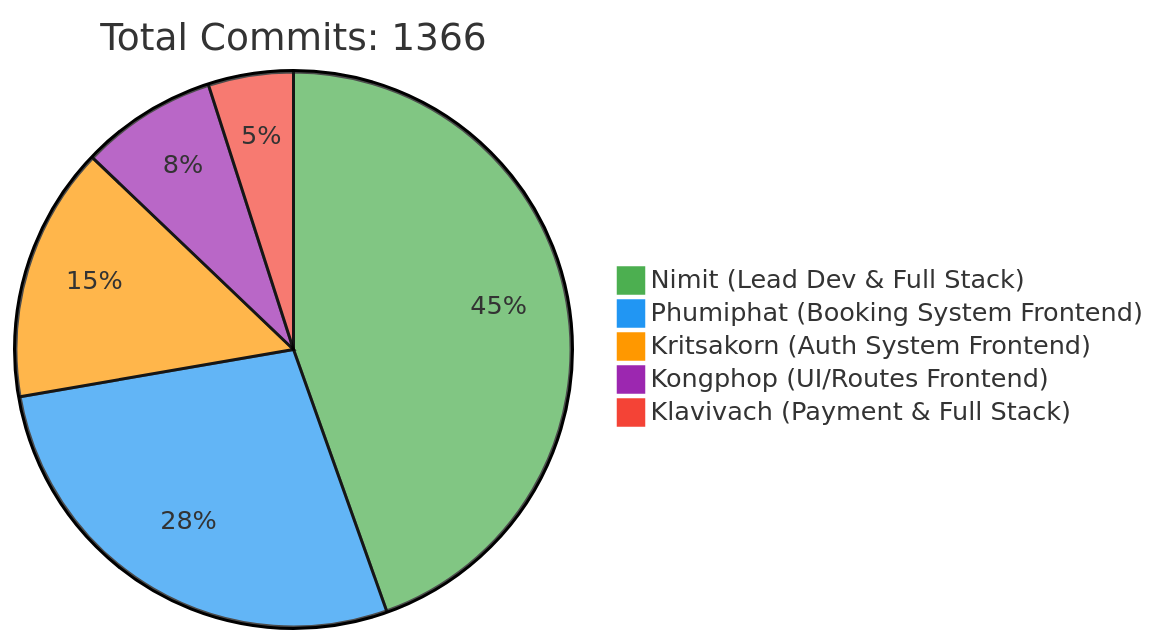
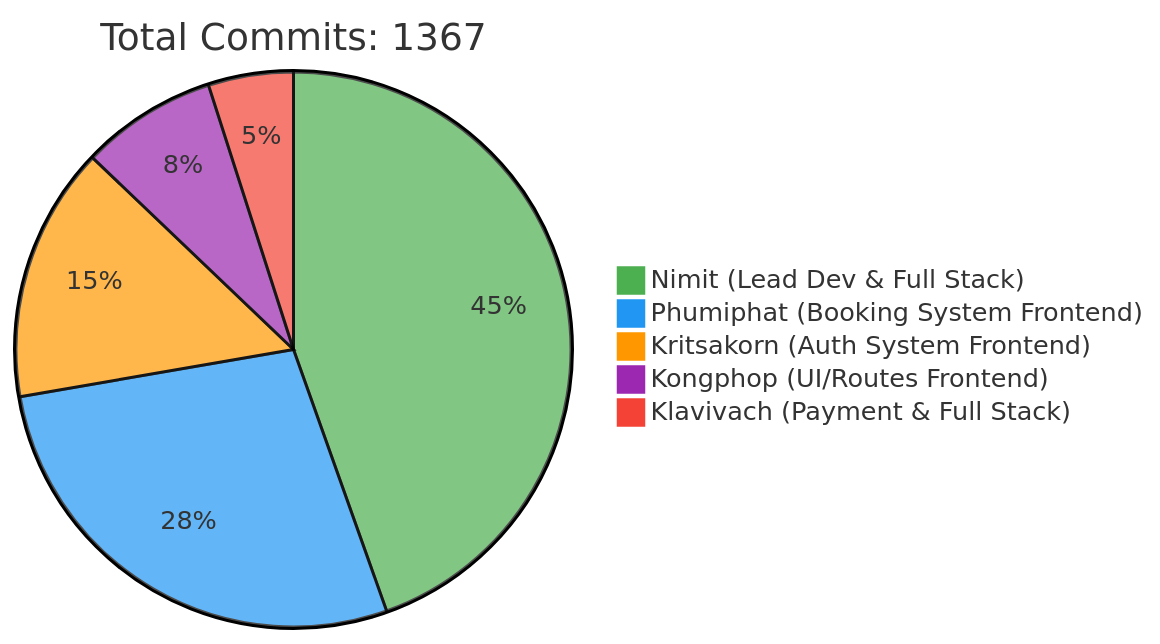
Before and after one commit to 6531503042/Sport-Complex: the first of 2 diagrams in README.md, drawn with Mermaid. The commit also changed other lines of this file, not shown here.

Commit message:
docs: Update contributor statistics [skip ci]

````diff
--- a/README.md
+++ b/README.md
@@ -257,10 +257,10 @@
 ```mermaid
 %%{init: {'theme': 'base', 'themeVariables': { 'pie1': '#4CAF50', 'pie2': '#2196F3', 'pie3': '#FF9800', 'pie4': '#9C27B0', 'pie5': '#F44336'}}}%%
 pie
-    title Total Commits: 1366
+    title Total Commits: 1367
     "Nimit (Lead Dev & Full Stack)" : 450
     "Phumiphat (Booking System Frontend)" : 280
     "Kritsakorn (Auth System Frontend)" : 150
     "Kongphop (UI/Routes Frontend)" : 80
     "Klavivach (Payment & Full Stack)" : 50
 ```
````
